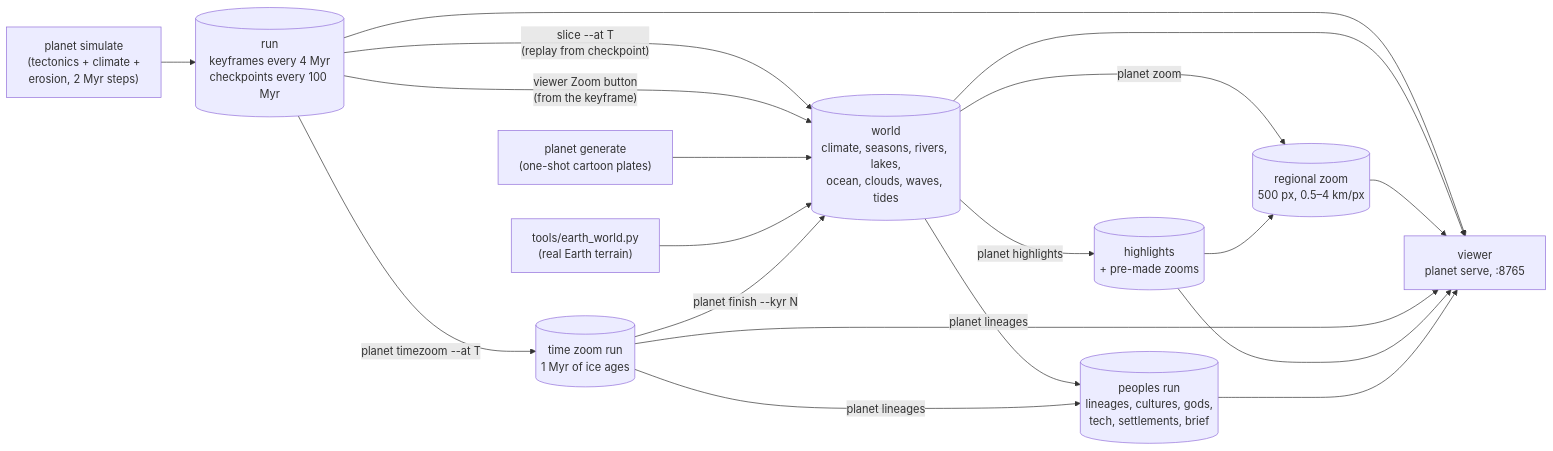
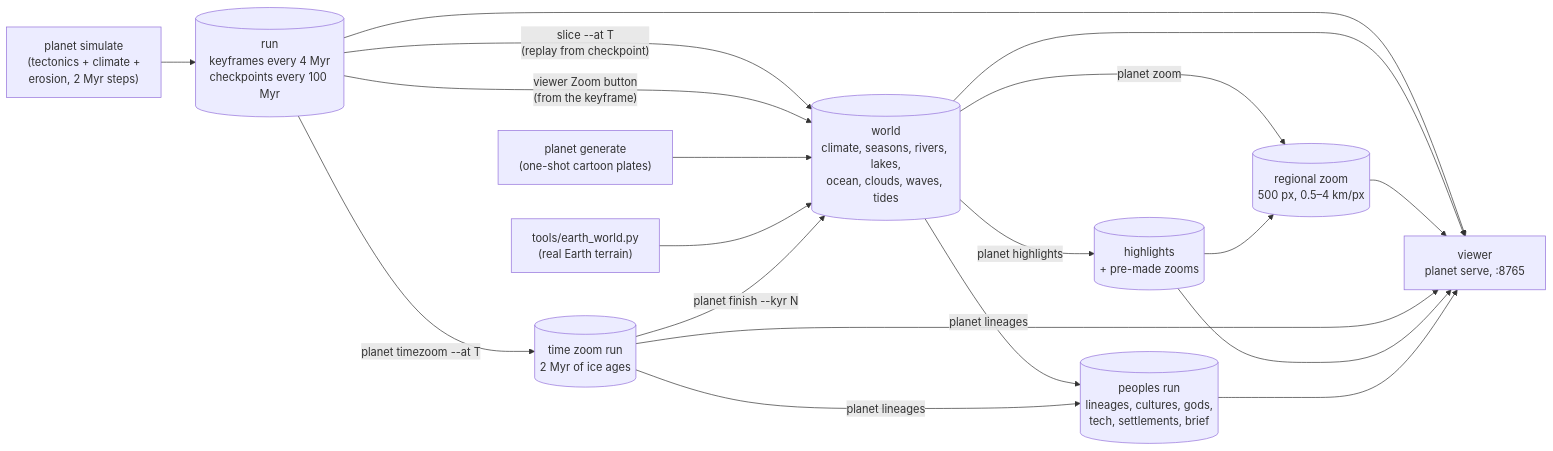
Before and after one commit to engma-linguistics/procedural-world-generation: the first of 2 diagrams in docs/overview.md, drawn with Mermaid. The commit also changed other lines of this file and 15 other files, not shown here.

First line of the commit message:
Time zoom defaults to 2 Myr (PW-1661, lane 280): CLI, make, API, viewer; costs measured

````diff
--- a/docs/overview.md
+++ b/docs/overview.md
@@ -29,15 +29,15 @@
 ```mermaid
 flowchart LR
   S["planet simulate<br/>(tectonics + climate +<br/>erosion, 2 Myr steps)"] --> R[("run<br/>keyframes every 4 Myr<br/>checkpoints every 100 Myr")]
   R -->|"slice --at T<br/>(replay from checkpoint)"| W[("world<br/>climate, seasons, rivers, lakes,<br/>ocean, clouds, waves, tides")]
   R -->|"viewer Zoom button<br/>(from the keyframe)"| W
   G["planet generate<br/>(one-shot cartoon plates)"] --> W
   E["tools/earth_world.py<br/>(real Earth terrain)"] --> W
   W -->|"planet zoom"| Z[("regional zoom<br/>500 px, 0.5–4 km/px")]
-  R -->|"planet timezoom --at T"| T[("time zoom run<br/>1 Myr of ice ages")]
+  R -->|"planet timezoom --at T"| T[("time zoom run<br/>2 Myr of ice ages")]
   T -->|"planet finish --kyr N"| W
   W & T -->|"planet lineages"| P[("peoples run<br/>lineages, cultures, gods,<br/>tech, settlements, brief")]
   W -->|"planet highlights"| H[("highlights<br/>+ pre-made zooms")]
   H --> Z
   R & W & Z & T & H & P --> V["viewer<br/>planet serve, :8765"]
 ```
````
